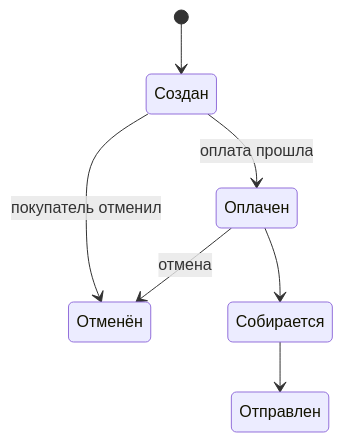
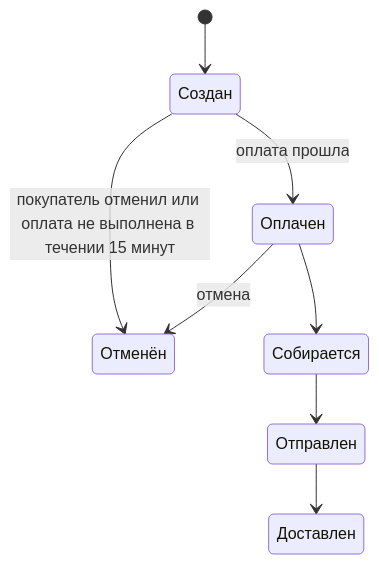
Before and after one commit to neverteen/order-managment-api: the diagram in docs/01-roles-and-permissions.md, drawn with Mermaid.

Commit message:
Docs: update roles and business rules

````diff
--- a/docs/01-roles-and-permissions.md
+++ b/docs/01-roles-and-permissions.md
@@ -4,9 +4,10 @@
 ```mermaid
     stateDiagram-v2
     [*] --> Создан
     Создан --> Оплачен: оплата прошла
-    Создан --> Отменён: покупатель отменил
+    Создан --> Отменён: покупатель отменил или оплата не выполнена в течении 15 минут
     Оплачен --> Собирается
     Оплачен --> Отменён: отмена
     Собирается --> Отправлен
+    Отправлен --> Доставлен
 ```
````
